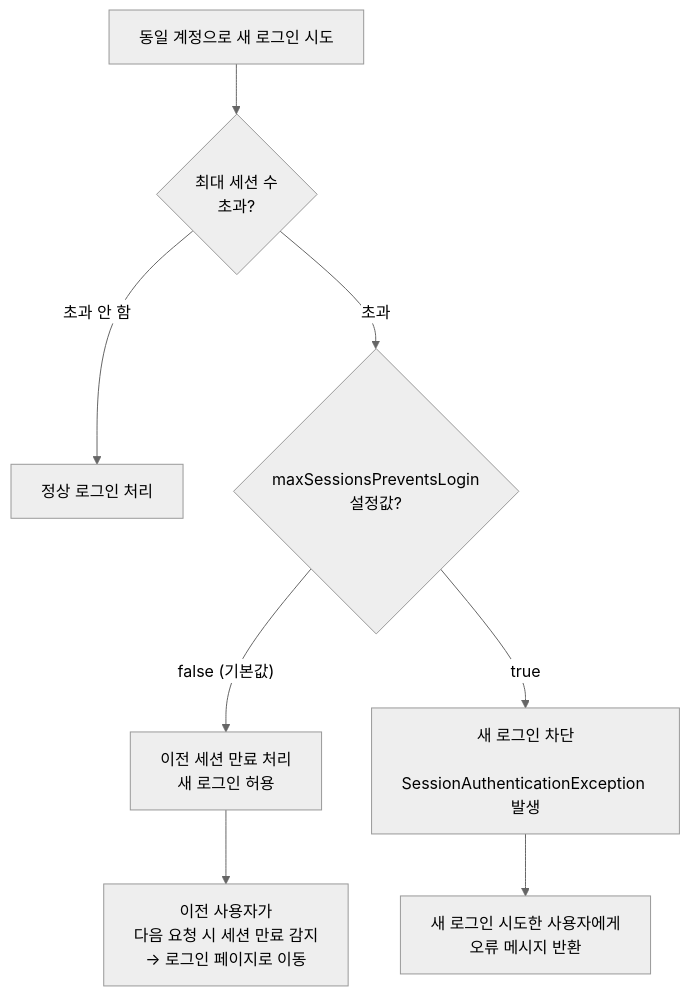
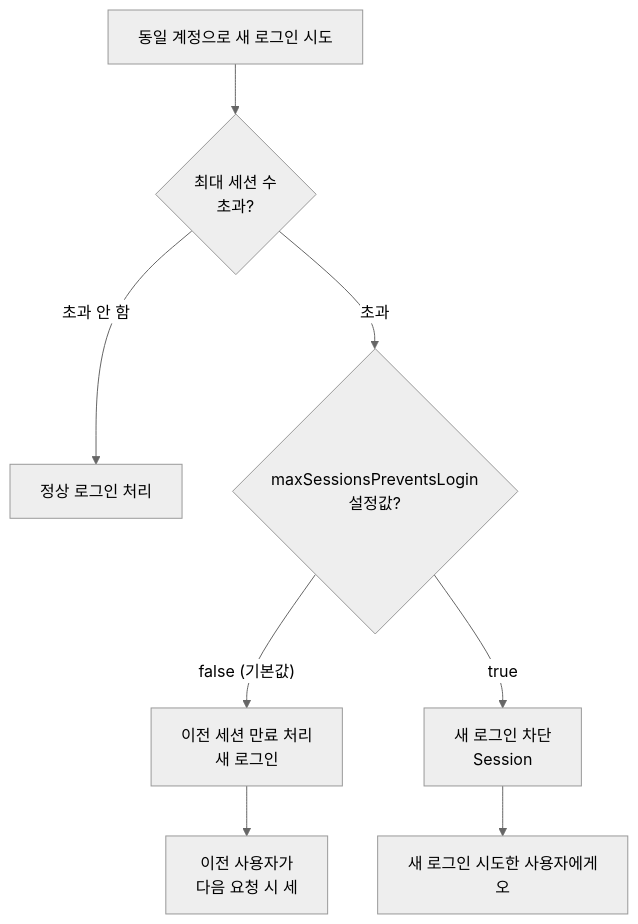
One commit to yjkim2015/yjkim2015.github.io changed the first of 2 diagrams in _posts/security/2021-02-02-동시 세션제어.md. Above: the diagram before and after it, drawn with Mermaid (neutral theme). The commit also changed 271 other files, not shown here.

First line of the commit message:
Mermaid 라벨 축소: 긴 노드 텍스트 18자 이하로 트림 + \n 제거

````diff
--- a/_posts/security/2021-02-02-동시 세션제어.md
+++ b/_posts/security/2021-02-02-동시 세션제어.md
@@ -22,10 +22,10 @@
 ```mermaid
 flowchart TD
     A["동일 계정으로 새 로그인 시도"] --> B{"최대 세션 수\n초과?"}
     B -- "초과 안 함" --> C["정상 로그인 처리"]
     B -- "초과" --> D{"maxSessionsPreventsLogin\n설정값?"}
-    D -- "false (기본값)" --> E["이전 세션 만료 처리\n새 로그인 허용"]
-    D -- "true" --> F["새 로그인 차단\n SessionAuthenticationException 발생"]
-    E --> G["이전 사용자가\n다음 요청 시 세션 만료 감지\n→ 로그인 페이지로 이동"]
-    F --> H["새 로그인 시도한 사용자에게\n오류 메시지 반환"]
+    D -- "false (기본값)" --> E["이전 세션 만료 처리\n새 로그인"]
+    D -- "true" --> F["새 로그인 차단\n Session"]
+    E --> G["이전 사용자가\n다음 요청 시 세"]
+    F --> H["새 로그인 시도한 사용자에게\n오"]
 ```
````
